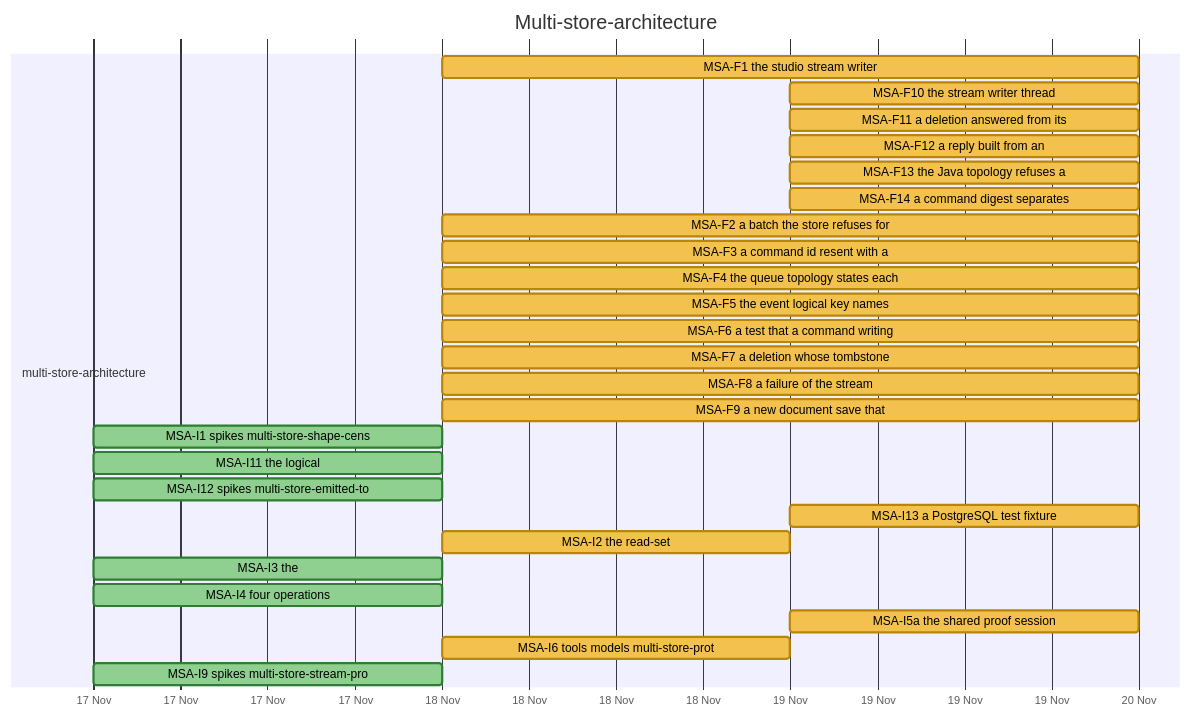
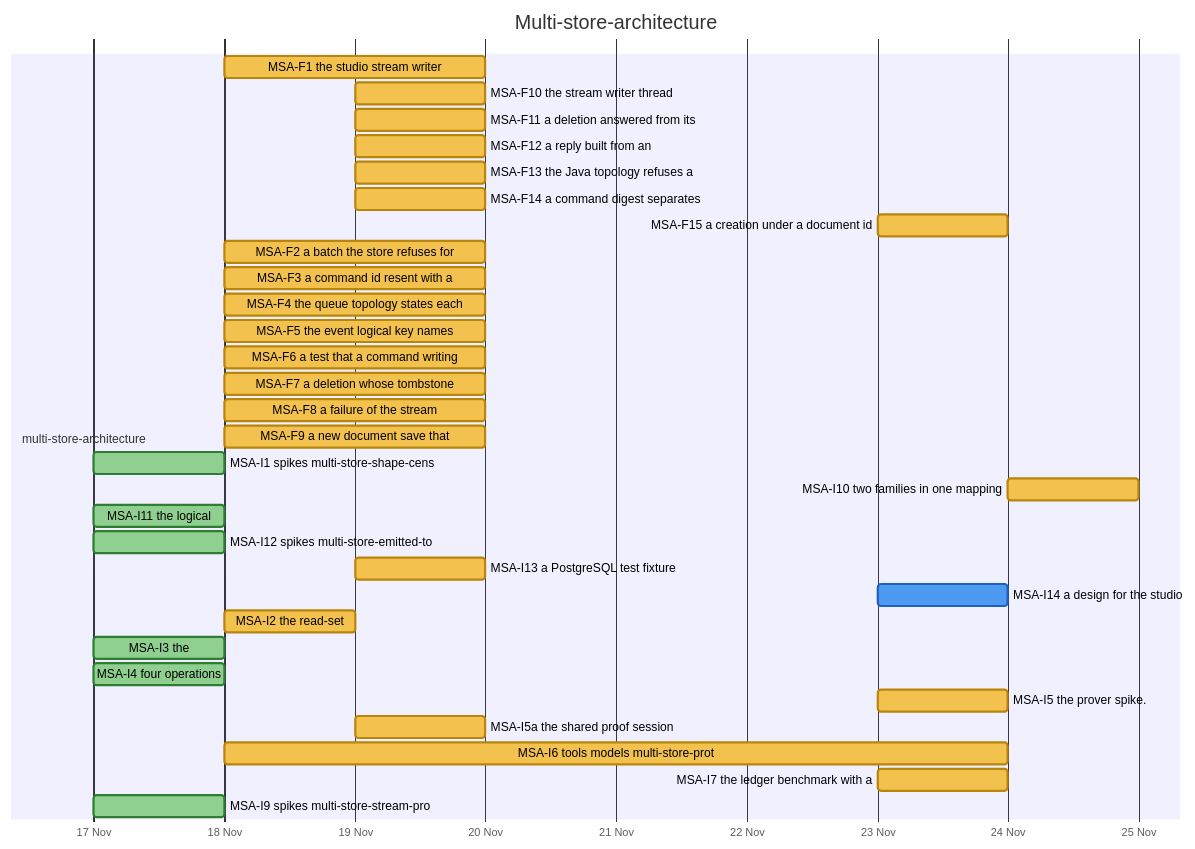
One commit to nebularis/lattice changed diagram 11 of 32 in docs/developer/ROADMAP.md. Above: the diagram before and after it, drawn with Mermaid. The commit also changed other lines of this file and 3 other files, not shown here.

First line of the commit message:
[multi-store] Hand machine S's second bundle to macOS

````diff
--- a/docs/developer/ROADMAP.md
+++ b/docs/developer/ROADMAP.md
@@ -375,32 +375,37 @@
 ```mermaid
 %%{init: {"themeVariables": {"taskBkgColor": "#f2c14e", "taskBorderColor": "#b8860b", "taskTextColor": "#000000", "activeTaskBkgColor": "#4e9af1", "activeTaskBorderColor": "#1f5fbf", "activeTaskBorderColor": "#1f5fbf", "doneTaskBkgColor": "#8fcf8f", "doneTaskBorderColor": "#2f7d32", "critBkgColor": "#f28b82", "critBorderColor": "#b23a30", "taskTextDarkColor": "#000000", "taskTextLightColor": "#000000"}}}%%
 gantt
     title Multi-store-architecture
     dateFormat YYYY-MM-DD
     axisFormat %d %b
     section multi-store-architecture
     MSA-F1 the studio stream writer :msaf1, 2026-11-18, 2026-11-20
     MSA-F10 the stream writer thread :msaf10, 2026-11-19, 2026-11-20
     MSA-F11 a deletion answered from its :msaf11, 2026-11-19, 2026-11-20
     MSA-F12 a reply built from an :msaf12, 2026-11-19, 2026-11-20
     MSA-F13 the Java topology refuses a :msaf13, 2026-11-19, 2026-11-20
     MSA-F14 a command digest separates :msaf14, 2026-11-19, 2026-11-20
+    MSA-F15 a creation under a document id :msaf15, 2026-11-23, 2026-11-24
     MSA-F2 a batch the store refuses for :msaf2, 2026-11-18, 2026-11-20
     MSA-F3 a command id resent with a :msaf3, 2026-11-18, 2026-11-20
     MSA-F4 the queue topology states each :msaf4, 2026-11-18, 2026-11-20
     MSA-F5 the event logical key names :msaf5, 2026-11-18, 2026-11-20
     MSA-F6 a test that a command writing :msaf6, 2026-11-18, 2026-11-20
     MSA-F7 a deletion whose tombstone :msaf7, 2026-11-18, 2026-11-20
     MSA-F8 a failure of the stream :msaf8, 2026-11-18, 2026-11-20
     MSA-F9 a new document save that :msaf9, 2026-11-18, 2026-11-20
     MSA-I1 spikes multi-store-shape-cens :done, msai1, 2026-11-17, 2026-11-18
+    MSA-I10 two families in one mapping :msai10, 2026-11-24, 2026-11-25
     MSA-I11 the logical :done, msai11, 2026-11-17, 2026-11-18
     MSA-I12 spikes multi-store-emitted-to :done, msai12, 2026-11-17, 2026-11-18
     MSA-I13 a PostgreSQL test fixture :msai13, 2026-11-19, 2026-11-20
+    MSA-I14 a design for the studio :active, msai14, 2026-11-23, 2026-11-24
     MSA-I2 the read-set :msai2, 2026-11-18, 2026-11-19
     MSA-I3 the :done, msai3, 2026-11-17, 2026-11-18
     MSA-I4 four operations :done, msai4, 2026-11-17, 2026-11-18
+    MSA-I5 the prover spike. :msai5, 2026-11-23, 2026-11-24
     MSA-I5a the shared proof session :msai5a, 2026-11-19, 2026-11-20
-    MSA-I6 tools models multi-store-prot :msai6, 2026-11-18, 2026-11-19
+    MSA-I6 tools models multi-store-prot :msai6, 2026-11-18, 2026-11-24
+    MSA-I7 the ledger benchmark with a :msai7, 2026-11-23, 2026-11-24
     MSA-I9 spikes multi-store-stream-pro :done, msai9, 2026-11-17, 2026-11-18
 ```
````
